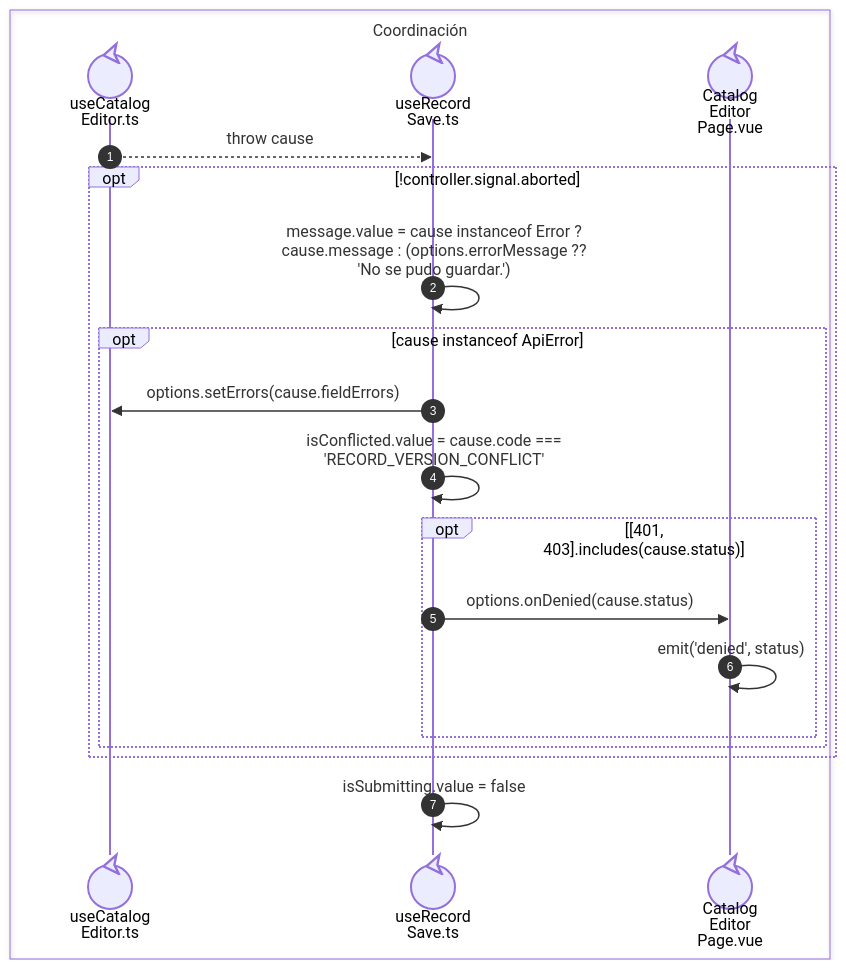
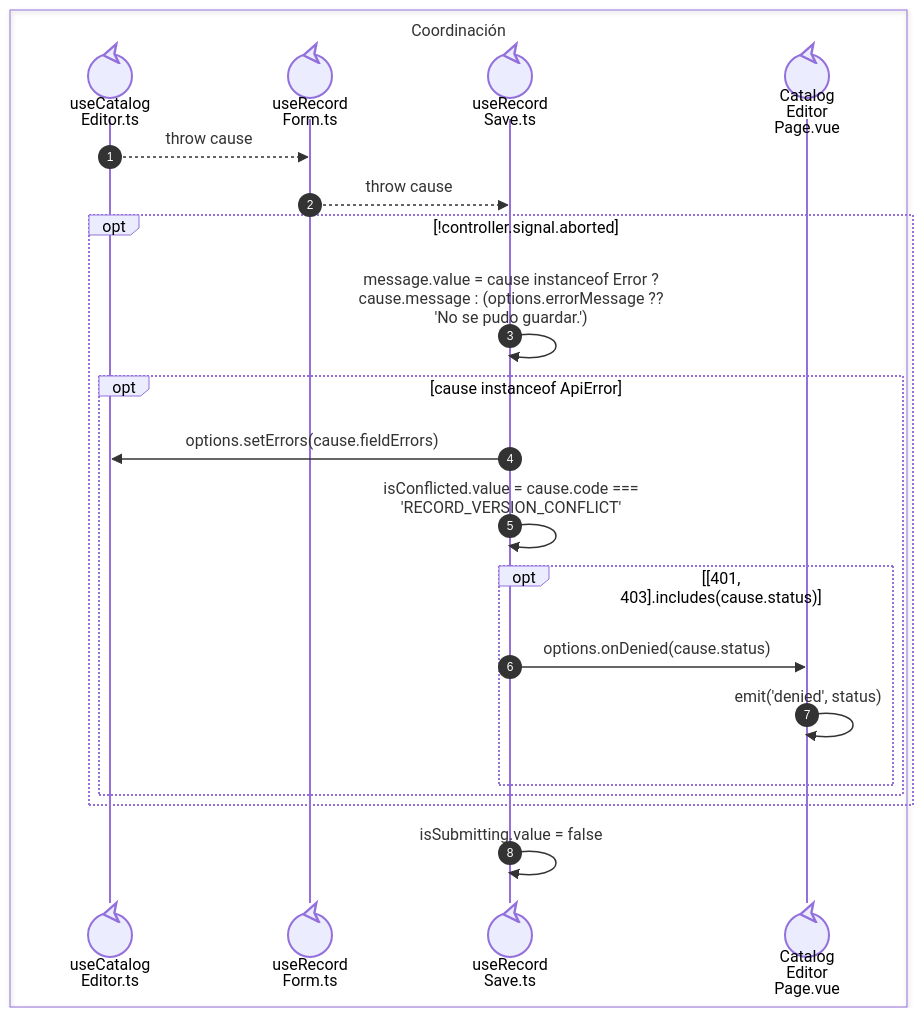
Before and after one commit to gpgsistemas01/nexus: the second of 2 diagrams in front/docs/architecture/views/processes/02-shared-runtime/08-record-save.md, drawn with Mermaid. The commit also changed other lines of this file and 82 other files, not shown here.

````diff
--- a/front/docs/architecture/views/processes/02-shared-runtime/08-record-save.md
+++ b/front/docs/architecture/views/processes/02-shared-runtime/08-record-save.md
@@ -32,22 +35,24 @@
 ```mermaid
 sequenceDiagram
     autonumber
     box Coordinación
     participant Editor@{ "type": "control" } as useCatalog<br/>Editor.ts
+    participant Record@{ "type": "control" } as useRecord<br/>Form.ts
     participant Save@{ "type": "control" } as useRecord<br/>Save.ts
     participant Page@{ "type": "control" } as Catalog<br/>Editor<br/>Page.vue
     end
-    Editor-->>Save: nowrap: throw cause
+    Editor-->>Record: nowrap: throw cause
+    Record-->>Save: nowrap: throw cause
     opt nowrap: !controller.signal.aborted
         Save->>Save: nowrap: message.value = cause instanceof Error ?<br/>cause.message : (options.errorMessage ??<br/>'No se pudo guardar.')
         opt nowrap: cause instanceof ApiError
             Save->>Editor: nowrap: options.setErrors(cause.fieldErrors)
             Save->>Save: nowrap: isConflicted.value = cause.code ===<br/>'RECORD_VERSION_CONFLICT'
             opt nowrap: [401, 403].includes(cause.status)
                 Save->>Page: nowrap: options.onDenied(cause.status)
                 Page->>Page: nowrap: emit('denied', status)
             end
         end
     end
     Save->>Save: nowrap: isSubmitting.value = false
 ```
````
